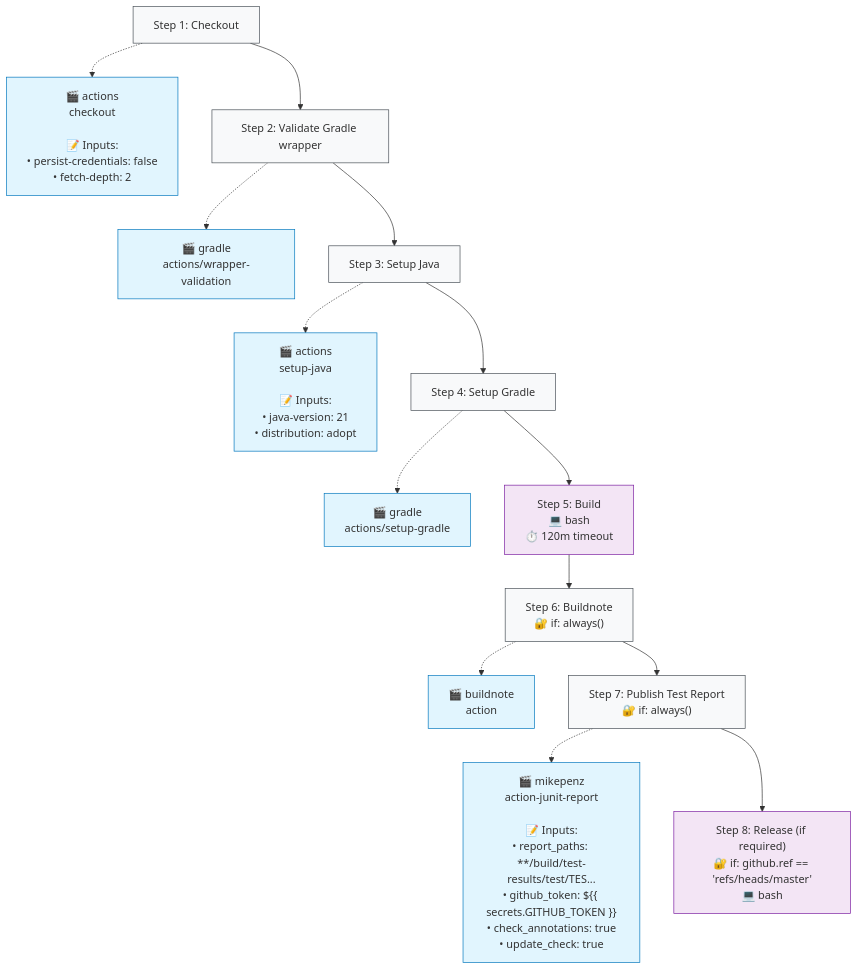
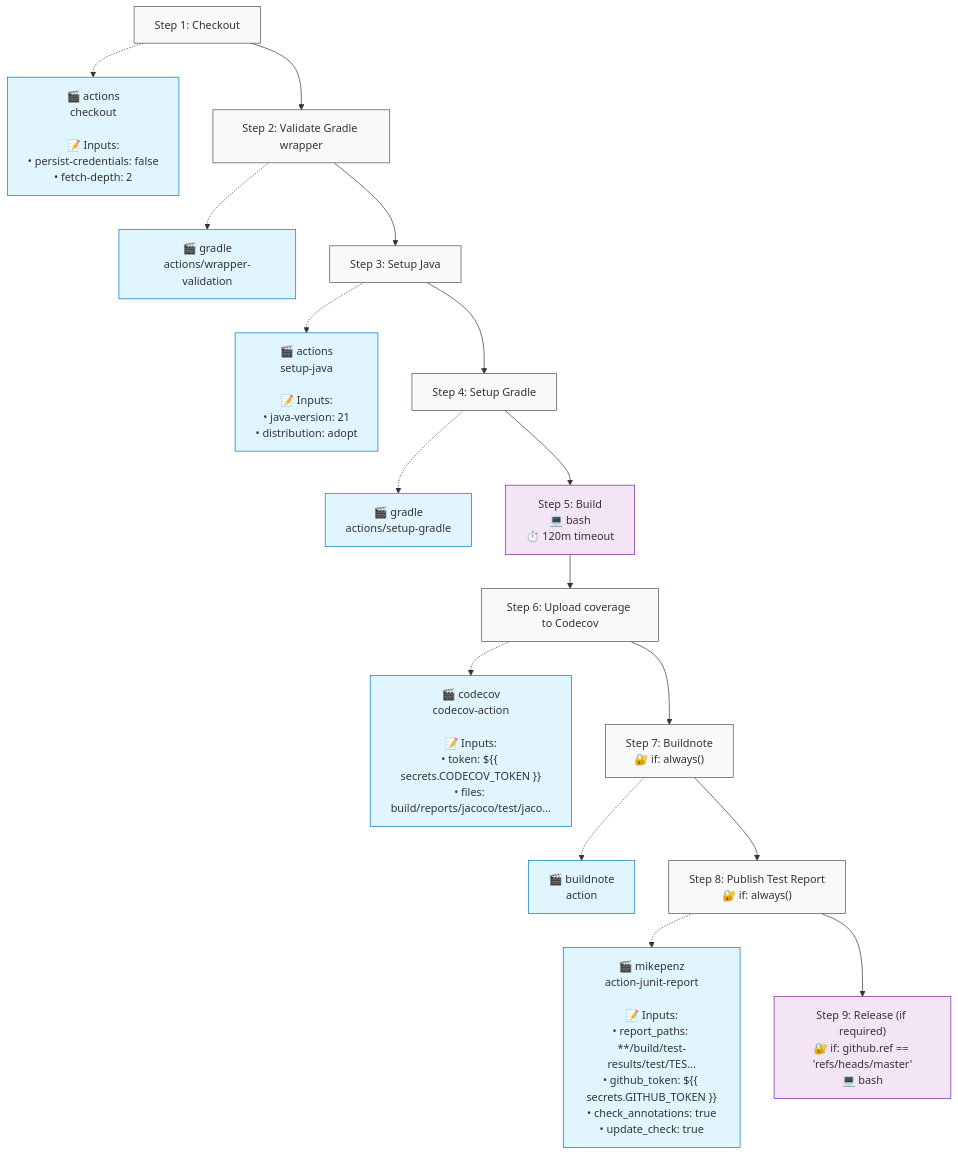
The second of 2 diagrams in .github/typeflows/build-http4k/README.md (http4k/http4k), drawn with Mermaid before and after one commit. The commit also changed 5 other files, not shown here.

````diff
--- a/.github/typeflows/build-http4k/README.md
+++ b/.github/typeflows/build-http4k/README.md
@@ -24,45 +24,51 @@
 ```mermaid
 %%{init: {"flowchart": {"curve": "basis"}}}%%
 flowchart TD
     step1["Step 1: Checkout"]
     style step1 fill:#f8f9fa,stroke:#495057
     action1["🎬 actions<br/>checkout<br/><br/>📝 Inputs:<br/>• persist-credentials: false<br/>• fetch-depth: 2"]
     style action1 fill:#e1f5fe,stroke:#0277bd
     step1 -.-> action1
     step2["Step 2: Validate Gradle wrapper"]
     style step2 fill:#f8f9fa,stroke:#495057
     action2["🎬 gradle<br/>actions/wrapper-validation"]
     style action2 fill:#e1f5fe,stroke:#0277bd
     step2 -.-> action2
     step1 --> step2
     step3["Step 3: Setup Java"]
     style step3 fill:#f8f9fa,stroke:#495057
     action3["🎬 actions<br/>setup-java<br/><br/>📝 Inputs:<br/>• java-version: 21<br/>• distribution: adopt"]
     style action3 fill:#e1f5fe,stroke:#0277bd
     step3 -.-> action3
     step2 --> step3
     step4["Step 4: Setup Gradle"]
     style step4 fill:#f8f9fa,stroke:#495057
     action4["🎬 gradle<br/>actions/setup-gradle"]
     style action4 fill:#e1f5fe,stroke:#0277bd
     step4 -.-> action4
     step3 --> step4
     step5["Step 5: Build<br/>💻 bash<br/>⏱️ 120m timeout"]
     style step5 fill:#f3e5f5,stroke:#7b1fa2
     step4 --> step5
-    step6["Step 6: Buildnote<br/>🔐 if: always()"]
+    step6["Step 6: Upload coverage to Codecov"]
     style step6 fill:#f8f9fa,stroke:#495057
-    action6["🎬 buildnote<br/>action"]
+    action6["🎬 codecov<br/>codecov-action<br/><br/>📝 Inputs:<br/>• token: ${{ secrets.CODECOV_TOKEN }}<br/>• files: build/reports/jacoco/test/jaco..."]
     style action6 fill:#e1f5fe,stroke:#0277bd
     step6 -.-> action6
     step5 --> step6
-    step7["Step 7: Publish Test Report<br/>🔐 if: always()"]
+    step7["Step 7: Buildnote<br/>🔐 if: always()"]
     style step7 fill:#f8f9fa,stroke:#495057
-    action7["🎬 mikepenz<br/>action-junit-report<br/><br/>📝 Inputs:<br/>• report_paths: **/build/test-results/test/TES...<br/>• github_token: ${{ secrets.GITHUB_TOKEN }}<br/>• check_annotations: true<br/>• update_check: true"]
+    action7["🎬 buildnote<br/>action"]
     style action7 fill:#e1f5fe,stroke:#0277bd
     step7 -.-> action7
     step6 --> step7
-    step8["Step 8: Release (if required)<br/>🔐 if: github.ref == 'refs/heads/master'<br/>💻 bash"]
-    style step8 fill:#f3e5f5,stroke:#7b1fa2
+    step8["Step 8: Publish Test Report<br/>🔐 if: always()"]
+    style step8 fill:#f8f9fa,stroke:#495057
+    action8["🎬 mikepenz<br/>action-junit-report<br/><br/>📝 Inputs:<br/>• report_paths: **/build/test-results/test/TES...<br/>• github_token: ${{ secrets.GITHUB_TOKEN }}<br/>• check_annotations: true<br/>• update_check: true"]
+    style action8 fill:#e1f5fe,stroke:#0277bd
+    step8 -.-> action8
     step7 --> step8
+    step9["Step 9: Release (if required)<br/>🔐 if: github.ref == 'refs/heads/master'<br/>💻 bash"]
+    style step9 fill:#f3e5f5,stroke:#7b1fa2
+    step8 --> step9
 ```
````
